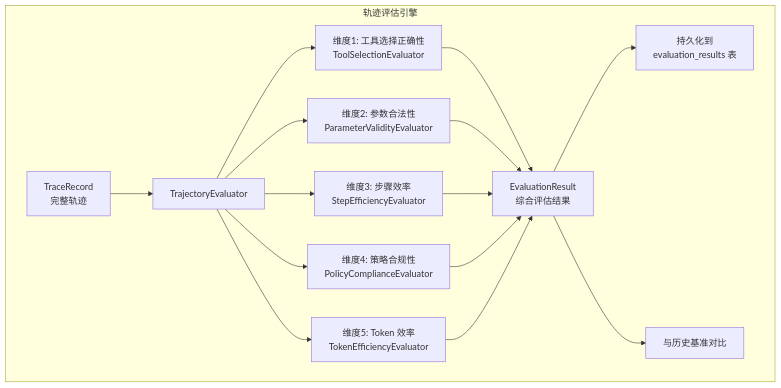
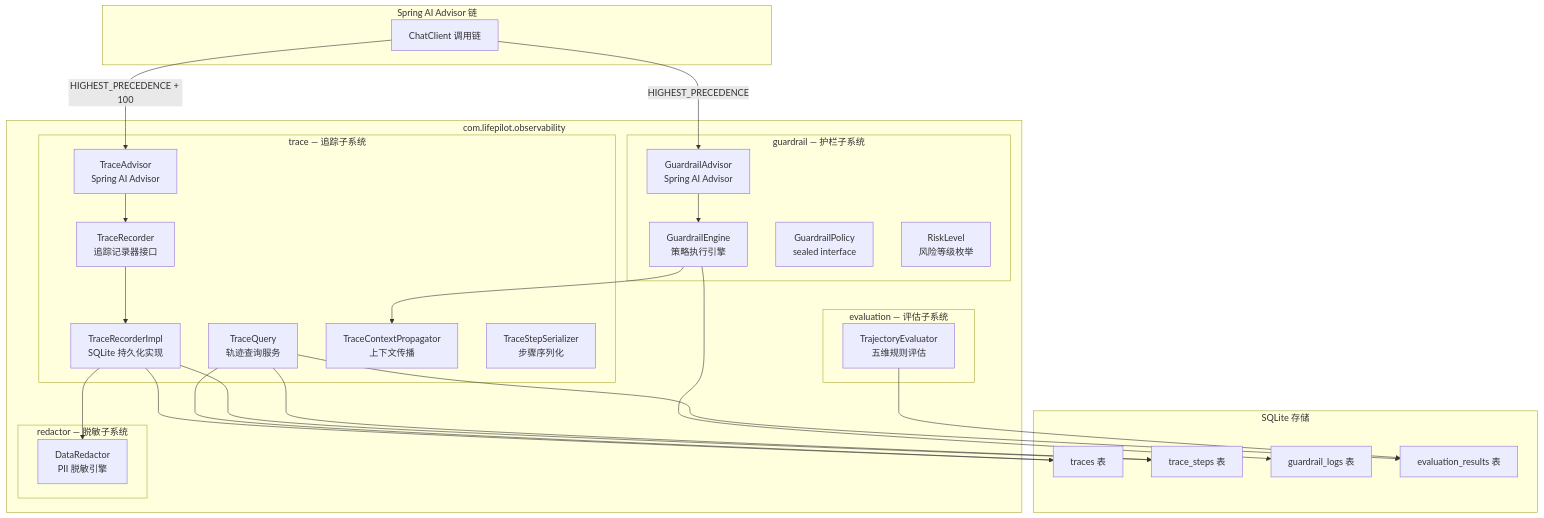
Before and after one commit to ntygod/LifePilot: the first of 3 diagrams in docs/architecture/observability.md, drawn with Mermaid. The commit also changed other lines of this file and 1 other file, not shown here.

Commit message:
docs(observability): 重写 observability 架构文档和特性文档

````diff
--- a/docs/architecture/observability.md
+++ b/docs/architecture/observability.md
@@ -2992,21 +13,55 @@
 ```mermaid
-graph TD
-    subgraph "轨迹评估引擎"
-        INPUT["TraceRecord<br/>完整轨迹"] --> EVAL["TrajectoryEvaluator"]
+graph TB
+    subgraph observability["com.lifepilot.observability"]
+        subgraph trace["trace — 追踪子系统"]
+            TR["TraceRecorder<br/>追踪记录器接口"]
+            TRI["TraceRecorderImpl<br/>SQLite 持久化实现"]
+            TA["TraceAdvisor<br/>Spring AI Advisor"]
+            TQ["TraceQuery<br/>轨迹查询服务"]
+            TCP["TraceContextPropagator<br/>上下文传播"]
+            TSS["TraceStepSerializer<br/>步骤序列化"]
+        end
 
-        EVAL --> D1["维度1: 工具选择正确性<br/>ToolSelectionEvaluator"]
-        EVAL --> D2["维度2: 参数合法性<br/>ParameterValidityEvaluator"]
-        EVAL --> D3["维度3: 步骤效率<br/>StepEfficiencyEvaluator"]
-        EVAL --> D4["维度4: 策略合规性<br/>PolicyComplianceEvaluator"]
-        EVAL --> D5["维度5: Token 效率<br/>TokenEfficiencyEvaluator"]
+        subgraph guardrail["guardrail — 护栏子系统"]
+            GE["GuardrailEngine<br/>策略执行引擎"]
+            GA["GuardrailAdvisor<br/>Spring AI Advisor"]
+            GP["GuardrailPolicy<br/>sealed interface"]
+            RL["RiskLevel<br/>风险等级枚举"]
+        end
 
-        D1 --> RESULT["EvaluationResult<br/>综合评估结果"]
-        D2 --> RESULT
-        D3 --> RESULT
-        D4 --> RESULT
-        D5 --> RESULT
+        subgraph redactor["redactor — 脱敏子系统"]
+            DR["DataRedactor<br/>PII 脱敏引擎"]
+        end
 
-        RESULT --> STORE["持久化到<br/>evaluation_results 表"]
-        RESULT --> COMPARE["与历史基准对比"]
+        subgraph evaluation["evaluation — 评估子系统"]
+            TE["TrajectoryEvaluator<br/>五维规则评估"]
+        end
     end
+
+    subgraph external["Spring AI Advisor 链"]
+        CC["ChatClient 调用链"]
+    end
+
+    subgraph storage["SQLite 存储"]
+        DB_TRACES["traces 表"]
+        DB_STEPS["trace_steps 表"]
+        DB_GUARD["guardrail_logs 表"]
+        DB_EVAL["evaluation_results 表"]
+    end
+
+    CC -->|"HIGHEST_PRECEDENCE"| GA
+    CC -->|"HIGHEST_PRECEDENCE + 100"| TA
+    GA --> GE
+    TA --> TR
+    TR --> TRI
+    TRI --> DB_TRACES
+    TRI --> DB_STEPS
+    TRI --> DR
+    GE --> DB_GUARD
+    GE --> TCP
+    TQ --> DB_TRACES
+    TQ --> DB_STEPS
+    TQ --> DB_EVAL
+    TE --> DB_EVAL
+
 ```
````
